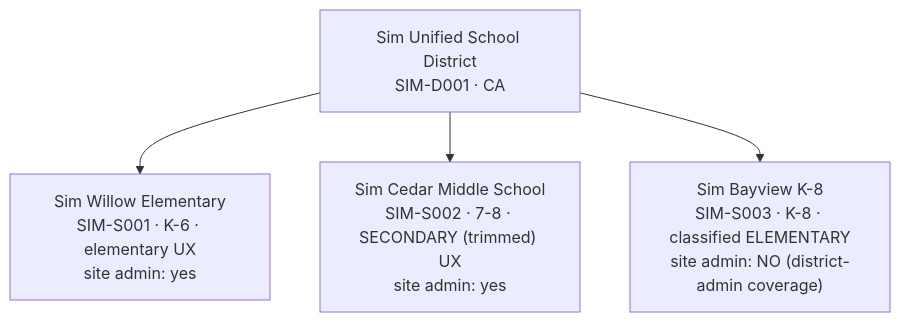
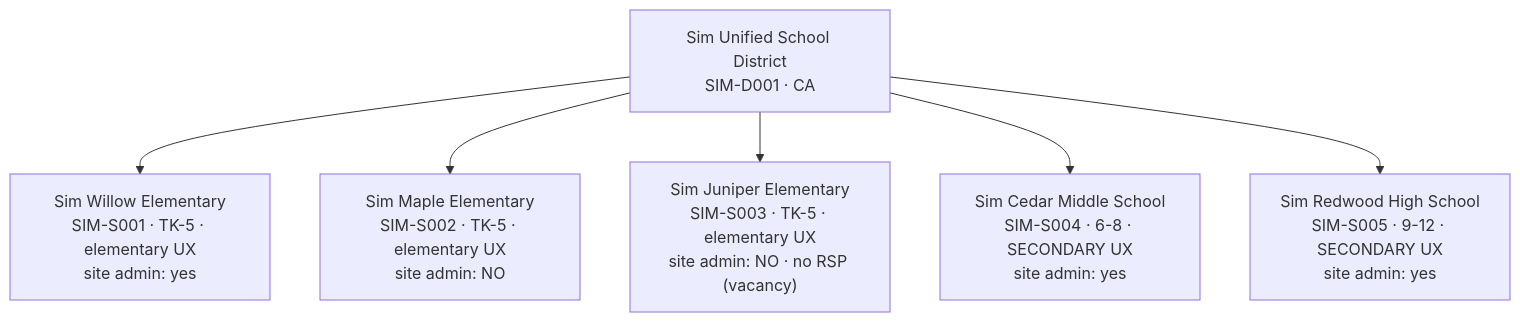
The diagram in docs/SIM_DISTRICT.md (bstewart2255/speddy), drawn with Mermaid before and after one commit. The commit also changed other lines of this file, not shown here.

````diff
--- a/docs/SIM_DISTRICT.md
+++ b/docs/SIM_DISTRICT.md
@@ -122,7 +125,9 @@
 ```mermaid
 flowchart TD
     D["Sim Unified School District<br/>SIM-D001 · CA"]
-    D --> W["Sim Willow Elementary<br/>SIM-S001 · K-6 · elementary UX<br/>site admin: yes"]
-    D --> C["Sim Cedar Middle School<br/>SIM-S002 · 7-8 · SECONDARY (trimmed) UX<br/>site admin: yes"]
-    D --> B["Sim Bayview K-8<br/>SIM-S003 · K-8 · classified ELEMENTARY<br/>site admin: NO (district-admin coverage)"]
+    D --> W["Sim Willow Elementary<br/>SIM-S001 · TK-5 · elementary UX<br/>site admin: yes"]
+    D --> M["Sim Maple Elementary<br/>SIM-S002 · TK-5 · elementary UX<br/>site admin: NO"]
+    D --> J["Sim Juniper Elementary<br/>SIM-S003 · TK-5 · elementary UX<br/>site admin: NO · no RSP (vacancy)"]
+    D --> C["Sim Cedar Middle School<br/>SIM-S004 · 6-8 · SECONDARY UX<br/>site admin: yes"]
+    D --> H["Sim Redwood High School<br/>SIM-S005 · 9-12 · SECONDARY UX<br/>site admin: yes"]
 ```
````
